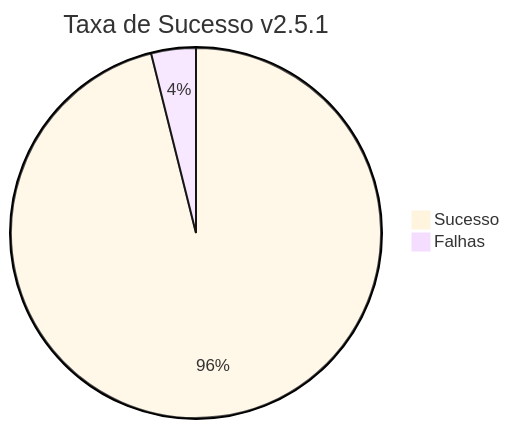
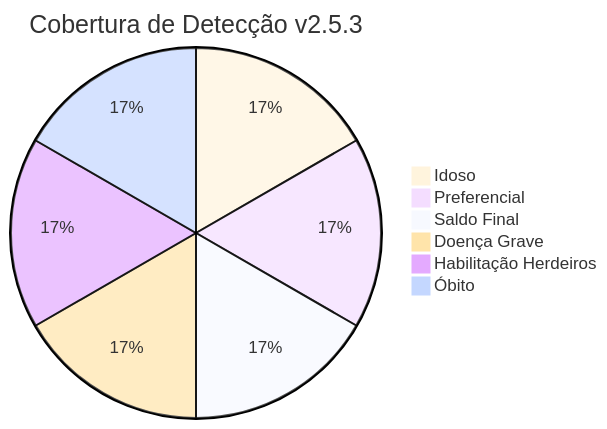
One commit to revisaprecatorio/ocr-oficios-tjsp changed the second of 3 diagrams in README.md. Above: the diagram before and after it, drawn with Mermaid. The commit also changed other lines of this file and 13 other files, not shown here.

First line of the commit message:
feat: V2.5.3 - Detecção Avançada de Habilitação de Herdeiros e Doença Grave

````diff
--- a/README.md
+++ b/README.md
@@ -40,6 +42,10 @@
 ```mermaid
 %%{init: {'theme':'base'}}%%
-pie title Taxa de Sucesso v2.5.1
-    "Sucesso" : 96.1
-    "Falhas" : 3.9
+pie title Cobertura de Detecção v2.5.3
+    "Idoso" : 100
+    "Preferencial" : 100
+    "Saldo Final" : 100
+    "Doença Grave" : 100
+    "Habilitação Herdeiros" : 100
+    "Óbito" : 100
 ```
````
